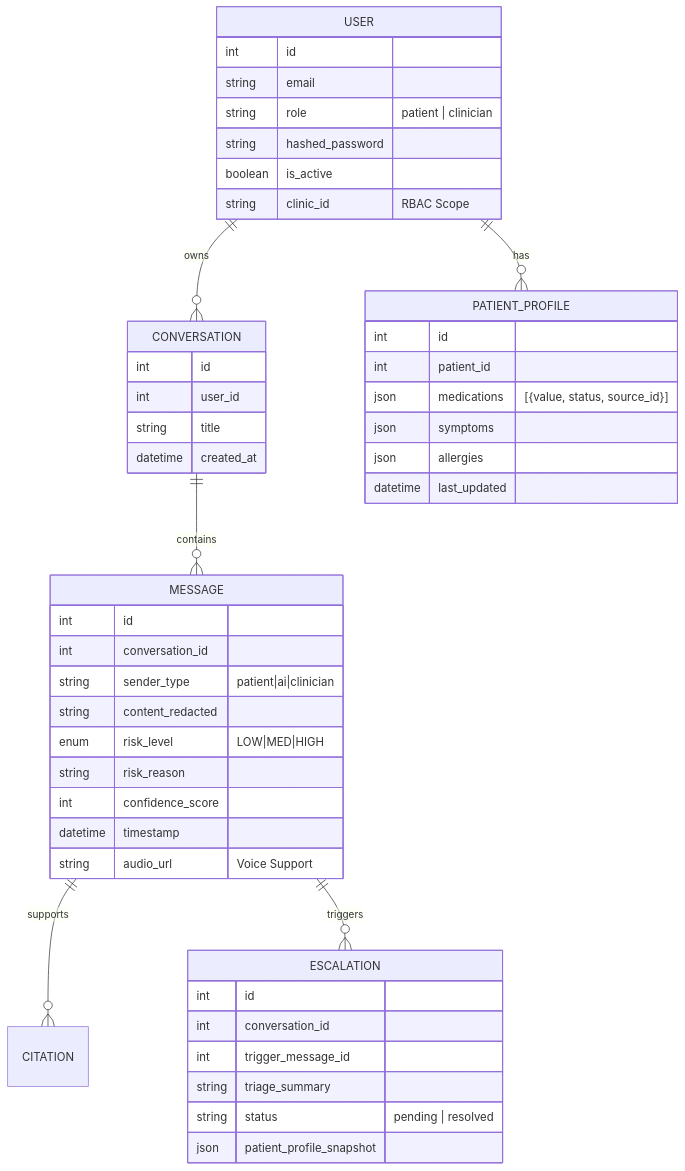
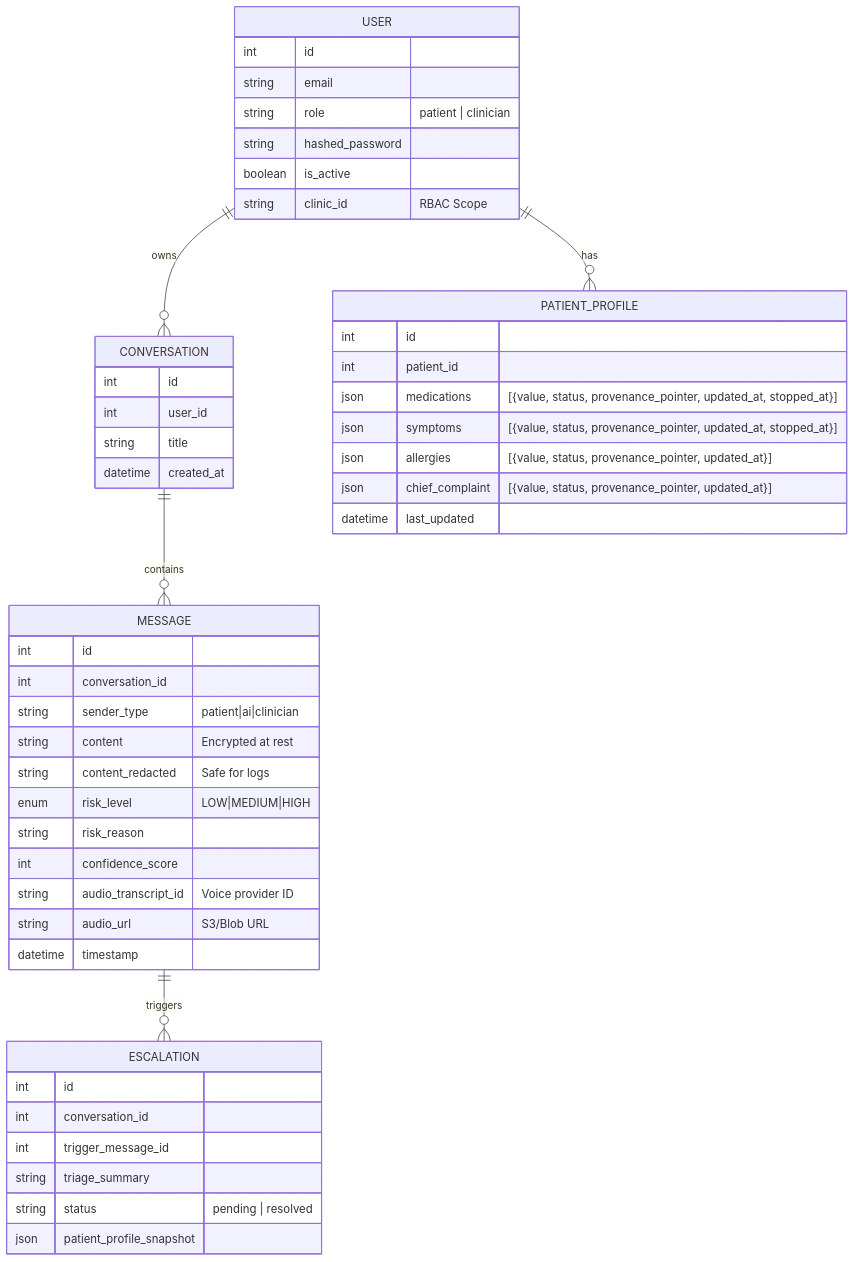
One commit to Ardacandra/medical_consultation_messaging_system changed the second of 2 diagrams in technical_brief.md. Above: the diagram before and after it, drawn with Mermaid. The commit also changed other lines of this file, not shown here.

Commit message:
docs: fix diagram discrepancies - remove CITATION table, add MESSAGE fields, refine architecture flow

````diff
--- a/technical_brief.md
+++ b/technical_brief.md
@@ -43,53 +49,55 @@
 ```mermaid
 erDiagram
     USER ||--o{ CONVERSATION : owns
     USER {
         int id
         string email
         string role "patient | clinician"
         string hashed_password
         boolean is_active
         string clinic_id "RBAC Scope"
     }
     
     CONVERSATION ||--o{ MESSAGE : contains
     CONVERSATION {
         int id
         int user_id
         string title
         datetime created_at
     }
     
-    MESSAGE ||--o{ CITATION : supports
     MESSAGE {
         int id
         int conversation_id
         string sender_type "patient|ai|clinician"
-        string content_redacted
-        enum risk_level "LOW|MED|HIGH"
+        string content "Encrypted at rest"
+        string content_redacted "Safe for logs"
+        enum risk_level "LOW|MEDIUM|HIGH"
         string risk_reason
         int confidence_score
+        string audio_transcript_id "Voice provider ID"
+        string audio_url "S3/Blob URL"
         datetime timestamp
-        string audio_url "Voice Support"
     }
     
     MESSAGE ||--o{ ESCALATION : triggers
     ESCALATION {
         int id
         int conversation_id
         int trigger_message_id
         string triage_summary
         string status "pending | resolved"
         json patient_profile_snapshot
     }
     
     USER ||--o{ PATIENT_PROFILE : has
     PATIENT_PROFILE {
         int id
         int patient_id
-        json medications "[{value, status, source_id}]"
-        json symptoms
-        json allergies
+        json medications "[{value, status, provenance_pointer, updated_at, stopped_at}]"
+        json symptoms "[{value, status, provenance_pointer, updated_at, stopped_at}]"
+        json allergies "[{value, status, provenance_pointer, updated_at}]"
+        json chief_complaint "[{value, status, provenance_pointer, updated_at}]"
         datetime last_updated
     }
 ```
````
